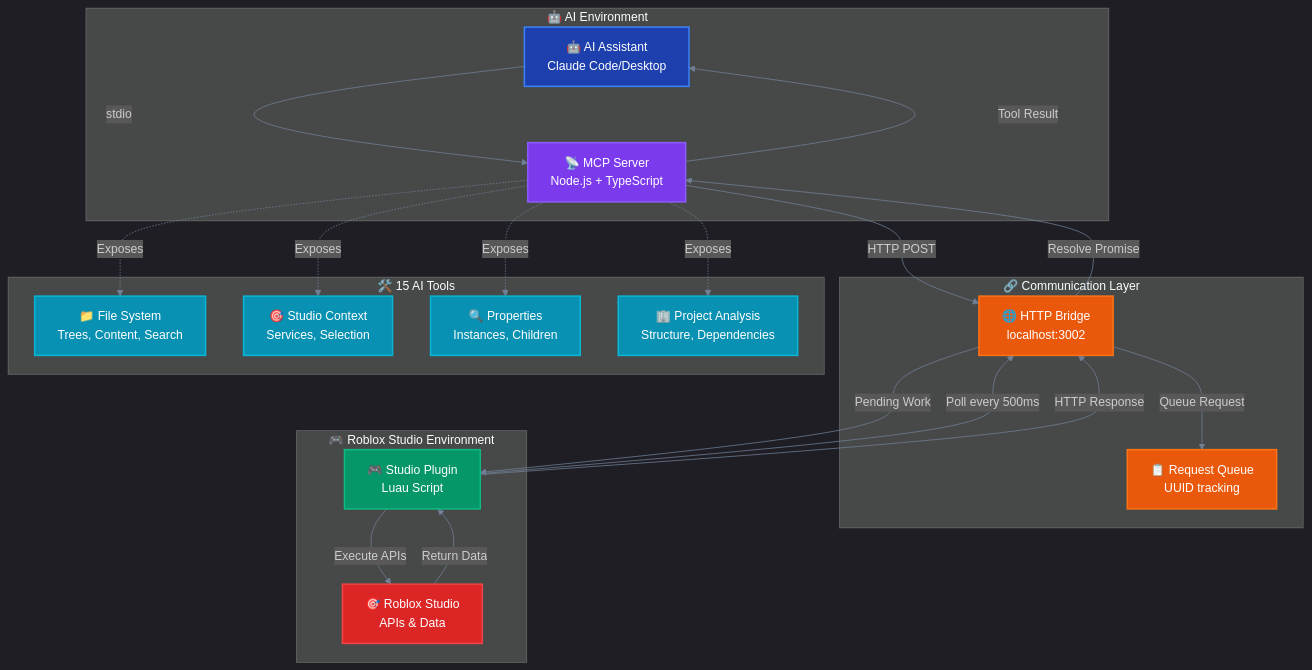
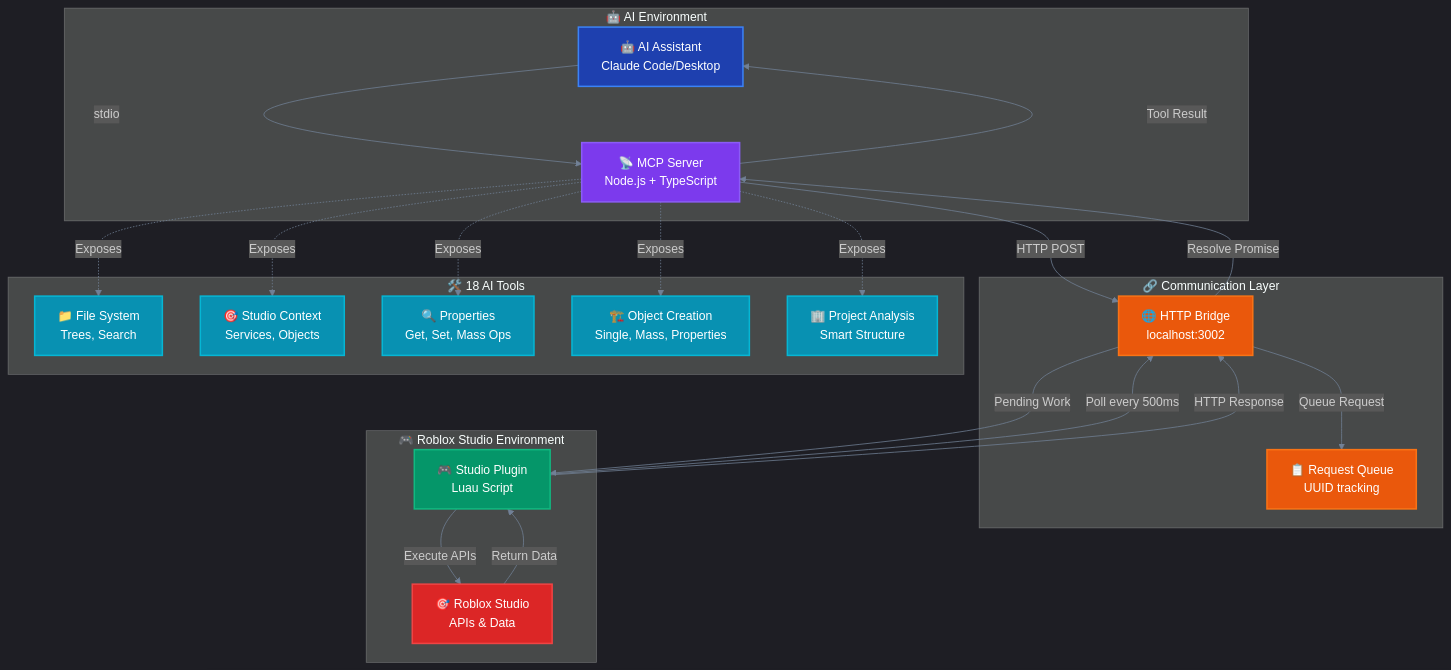
One commit to boshyxd/robloxstudio-mcp changed the first of 2 diagrams in README.md. Above: the diagram before and after it, drawn with Mermaid. The commit also changed other lines of this file, not shown here.

First line of the commit message:
Update README for v1.3.0 mass operations

````diff
--- a/README.md
+++ b/README.md
@@ -49,55 +49,57 @@
 ```mermaid
 %%{init: {'theme':'dark', 'themeVariables': {'primaryColor':'#2d3748', 'primaryTextColor':'#ffffff', 'primaryBorderColor':'#4a5568', 'lineColor':'#718096', 'sectionBkgColor':'#1a202c', 'altSectionBkgColor':'#2d3748', 'gridColor':'#4a5568', 'secondaryColor':'#2b6cb0', 'tertiaryColor':'#319795'}}}%%
 graph TB
     subgraph AI_ENV ["🤖 AI Environment"]
         AI["🤖 AI Assistant<br/>Claude Code/Desktop"]
         MCP["📡 MCP Server<br/>Node.js + TypeScript"]
     end
     
     subgraph COMM_LAYER ["🔗 Communication Layer"]
         HTTP["🌐 HTTP Bridge<br/>localhost:3002"]
         QUEUE["📋 Request Queue<br/>UUID tracking"]
     end
     
     subgraph STUDIO_ENV ["🎮 Roblox Studio Environment"]
         PLUGIN["🎮 Studio Plugin<br/>Luau Script"]
         STUDIO["🎯 Roblox Studio<br/>APIs & Data"]
     end
     
-    subgraph TOOLS ["🛠️ 15 AI Tools"]
-        FILE["📁 File System<br/>Trees, Content, Search"]
-        CONTEXT["🎯 Studio Context<br/>Services, Selection"]
-        PROPS["🔍 Properties<br/>Instances, Children"]
-        PROJECT["🏢 Project Analysis<br/>Structure, Dependencies"]
+    subgraph TOOLS ["🛠️ 18 AI Tools"]
+        FILE["📁 File System<br/>Trees, Search"]
+        CONTEXT["🎯 Studio Context<br/>Services, Objects"]
+        PROPS["🔍 Properties<br/>Get, Set, Mass Ops"]
+        CREATE["🏗️ Object Creation<br/>Single, Mass, Properties"]
+        PROJECT["🏢 Project Analysis<br/>Smart Structure"]
     end
     
     AI -->|stdio| MCP
     MCP -->|HTTP POST| HTTP
     HTTP -->|Queue Request| QUEUE
     PLUGIN -->|Poll every 500ms| HTTP
     HTTP -->|Pending Work| PLUGIN
     PLUGIN -->|Execute APIs| STUDIO
     STUDIO -->|Return Data| PLUGIN
     PLUGIN -->|HTTP Response| HTTP
     HTTP -->|Resolve Promise| MCP
     MCP -->|Tool Result| AI
     
     MCP -.->|Exposes| FILE
     MCP -.->|Exposes| CONTEXT  
     MCP -.->|Exposes| PROPS
+    MCP -.->|Exposes| CREATE
     MCP -.->|Exposes| PROJECT
     
     classDef aiStyle fill:#1e40af,stroke:#3b82f6,stroke-width:2px,color:#ffffff
     classDef mcpStyle fill:#7c3aed,stroke:#8b5cf6,stroke-width:2px,color:#ffffff
     classDef httpStyle fill:#ea580c,stroke:#f97316,stroke-width:2px,color:#ffffff
     classDef pluginStyle fill:#059669,stroke:#10b981,stroke-width:2px,color:#ffffff
     classDef studioStyle fill:#dc2626,stroke:#ef4444,stroke-width:2px,color:#ffffff
     classDef toolStyle fill:#0891b2,stroke:#06b6d4,stroke-width:2px,color:#ffffff
     
     class AI aiStyle
     class MCP mcpStyle
     class HTTP,QUEUE httpStyle
     class PLUGIN pluginStyle
     class STUDIO studioStyle
-    class FILE,CONTEXT,PROPS,PROJECT toolStyle
+    class FILE,CONTEXT,PROPS,CREATE,PROJECT toolStyle
 ```
````
